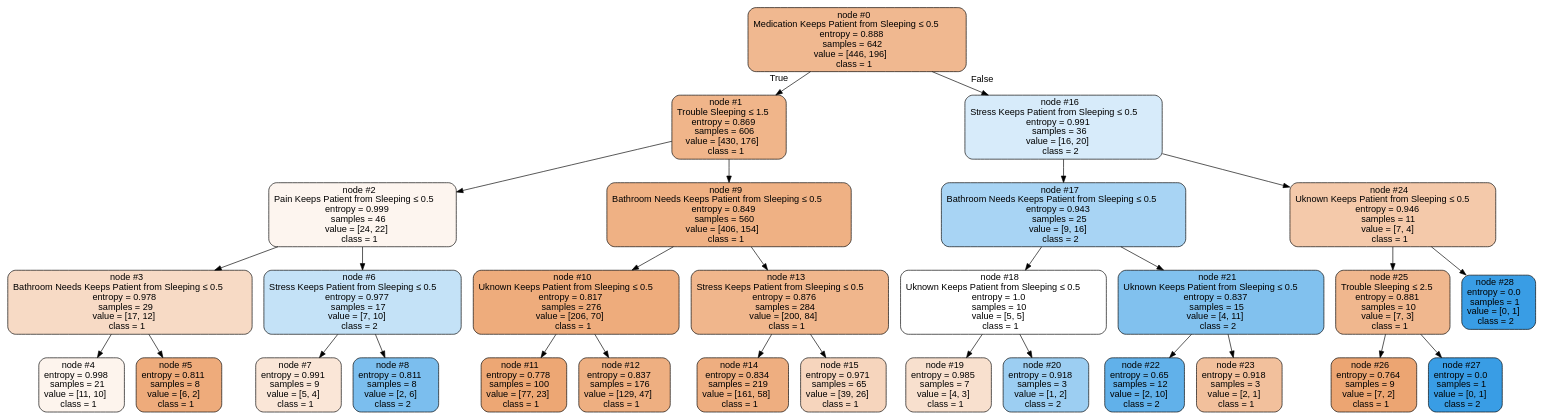
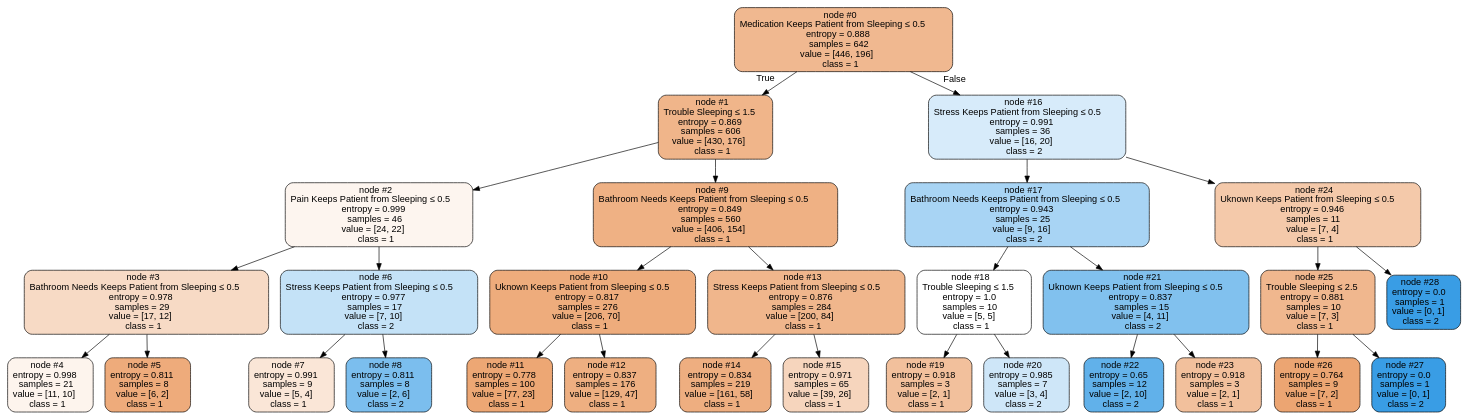
One commit to yei134/NTUNHS_1121_InformationSciences changed the diagram in 20231219/tree_rule_dv.dot. Above: the diagram before and after it, drawn with Graphviz. The commit also changed 3 other files, not shown here.

```diff
--- a/20231219/tree_rule_dv.dot
+++ b/20231219/tree_rule_dv.dot
@@ -1,61 +1,61 @@
 digraph Tree {
 node [shape=box, style="filled, rounded", color="black", fontname="helvetica"] ;
 edge [fontname="helvetica"] ;
 0 [label=<node &#35;0<br/>Medication Keeps Patient from Sleeping &le; 0.5<br/>entropy = 0.888<br/>samples = 642<br/>value = [446, 196]<br/>class = 1>, fillcolor="#f0b890"] ;
 1 [label=<node &#35;1<br/>Trouble Sleeping &le; 1.5<br/>entropy = 0.869<br/>samples = 606<br/>value = [430, 176]<br/>class = 1>, fillcolor="#f0b58a"] ;
 0 -> 1 [labeldistance=2.5, labelangle=45, headlabel="True"] ;
 2 [label=<node &#35;2<br/>Pain Keeps Patient from Sleeping &le; 0.5<br/>entropy = 0.999<br/>samples = 46<br/>value = [24, 22]<br/>class = 1>, fillcolor="#fdf5ef"] ;
 1 -> 2 ;
 3 [label=<node &#35;3<br/>Bathroom Needs Keeps Patient from Sleeping &le; 0.5<br/>entropy = 0.978<br/>samples = 29<br/>value = [17, 12]<br/>class = 1>, fillcolor="#f7dac5"] ;
 2 -> 3 ;
 4 [label=<node &#35;4<br/>entropy = 0.998<br/>samples = 21<br/>value = [11, 10]<br/>class = 1>, fillcolor="#fdf4ed"] ;
 3 -> 4 ;
 5 [label=<node &#35;5<br/>entropy = 0.811<br/>samples = 8<br/>value = [6, 2]<br/>class = 1>, fillcolor="#eeab7b"] ;
 3 -> 5 ;
 6 [label=<node &#35;6<br/>Stress Keeps Patient from Sleeping &le; 0.5<br/>entropy = 0.977<br/>samples = 17<br/>value = [7, 10]<br/>class = 2>, fillcolor="#c4e2f7"] ;
 2 -> 6 ;
 7 [label=<node &#35;7<br/>entropy = 0.991<br/>samples = 9<br/>value = [5, 4]<br/>class = 1>, fillcolor="#fae6d7"] ;
 6 -> 7 ;
 8 [label=<node &#35;8<br/>entropy = 0.811<br/>samples = 8<br/>value = [2, 6]<br/>class = 2>, fillcolor="#7bbeee"] ;
 6 -> 8 ;
 9 [label=<node &#35;9<br/>Bathroom Needs Keeps Patient from Sleeping &le; 0.5<br/>entropy = 0.849<br/>samples = 560<br/>value = [406, 154]<br/>class = 1>, fillcolor="#efb184"] ;
 1 -> 9 ;
 10 [label=<node &#35;10<br/>Uknown Keeps Patient from Sleeping &le; 0.5<br/>entropy = 0.817<br/>samples = 276<br/>value = [206, 70]<br/>class = 1>, fillcolor="#eeac7c"] ;
 9 -> 10 ;
 11 [label=<node &#35;11<br/>entropy = 0.778<br/>samples = 100<br/>value = [77, 23]<br/>class = 1>, fillcolor="#eda774"] ;
 10 -> 11 ;
 12 [label=<node &#35;12<br/>entropy = 0.837<br/>samples = 176<br/>value = [129, 47]<br/>class = 1>, fillcolor="#eeaf81"] ;
 10 -> 12 ;
 13 [label=<node &#35;13<br/>Stress Keeps Patient from Sleeping &le; 0.5<br/>entropy = 0.876<br/>samples = 284<br/>value = [200, 84]<br/>class = 1>, fillcolor="#f0b68c"] ;
 9 -> 13 ;
 14 [label=<node &#35;14<br/>entropy = 0.834<br/>samples = 219<br/>value = [161, 58]<br/>class = 1>, fillcolor="#eeae80"] ;
 13 -> 14 ;
 15 [label=<node &#35;15<br/>entropy = 0.971<br/>samples = 65<br/>value = [39, 26]<br/>class = 1>, fillcolor="#f6d5bd"] ;
 13 -> 15 ;
 16 [label=<node &#35;16<br/>Stress Keeps Patient from Sleeping &le; 0.5<br/>entropy = 0.991<br/>samples = 36<br/>value = [16, 20]<br/>class = 2>, fillcolor="#d7ebfa"] ;
 0 -> 16 [labeldistance=2.5, labelangle=-45, headlabel="False"] ;
 17 [label=<node &#35;17<br/>Bathroom Needs Keeps Patient from Sleeping &le; 0.5<br/>entropy = 0.943<br/>samples = 25<br/>value = [9, 16]<br/>class = 2>, fillcolor="#a8d4f4"] ;
 16 -> 17 ;
-18 [label=<node &#35;18<br/>Uknown Keeps Patient from Sleeping &le; 0.5<br/>entropy = 1.0<br/>samples = 10<br/>value = [5, 5]<br/>class = 1>, fillcolor="#ffffff"] ;
+18 [label=<node &#35;18<br/>Trouble Sleeping &le; 1.5<br/>entropy = 1.0<br/>samples = 10<br/>value = [5, 5]<br/>class = 1>, fillcolor="#ffffff"] ;
 17 -> 18 ;
-19 [label=<node &#35;19<br/>entropy = 0.985<br/>samples = 7<br/>value = [4, 3]<br/>class = 1>, fillcolor="#f8e0ce"] ;
+19 [label=<node &#35;19<br/>entropy = 0.918<br/>samples = 3<br/>value = [2, 1]<br/>class = 1>, fillcolor="#f2c09c"] ;
 18 -> 19 ;
-20 [label=<node &#35;20<br/>entropy = 0.918<br/>samples = 3<br/>value = [1, 2]<br/>class = 2>, fillcolor="#9ccef2"] ;
+20 [label=<node &#35;20<br/>entropy = 0.985<br/>samples = 7<br/>value = [3, 4]<br/>class = 2>, fillcolor="#cee6f8"] ;
 18 -> 20 ;
 21 [label=<node &#35;21<br/>Uknown Keeps Patient from Sleeping &le; 0.5<br/>entropy = 0.837<br/>samples = 15<br/>value = [4, 11]<br/>class = 2>, fillcolor="#81c1ee"] ;
 17 -> 21 ;
 22 [label=<node &#35;22<br/>entropy = 0.65<br/>samples = 12<br/>value = [2, 10]<br/>class = 2>, fillcolor="#61b1ea"] ;
 21 -> 22 ;
 23 [label=<node &#35;23<br/>entropy = 0.918<br/>samples = 3<br/>value = [2, 1]<br/>class = 1>, fillcolor="#f2c09c"] ;
 21 -> 23 ;
 24 [label=<node &#35;24<br/>Uknown Keeps Patient from Sleeping &le; 0.5<br/>entropy = 0.946<br/>samples = 11<br/>value = [7, 4]<br/>class = 1>, fillcolor="#f4c9aa"] ;
 16 -> 24 ;
 25 [label=<node &#35;25<br/>Trouble Sleeping &le; 2.5<br/>entropy = 0.881<br/>samples = 10<br/>value = [7, 3]<br/>class = 1>, fillcolor="#f0b78e"] ;
 24 -> 25 ;
 26 [label=<node &#35;26<br/>entropy = 0.764<br/>samples = 9<br/>value = [7, 2]<br/>class = 1>, fillcolor="#eca572"] ;
 25 -> 26 ;
 27 [label=<node &#35;27<br/>entropy = 0.0<br/>samples = 1<br/>value = [0, 1]<br/>class = 2>, fillcolor="#399de5"] ;
 25 -> 27 ;
 28 [label=<node &#35;28<br/>entropy = 0.0<br/>samples = 1<br/>value = [0, 1]<br/>class = 2>, fillcolor="#399de5"] ;
 24 -> 28 ;
 }
```
